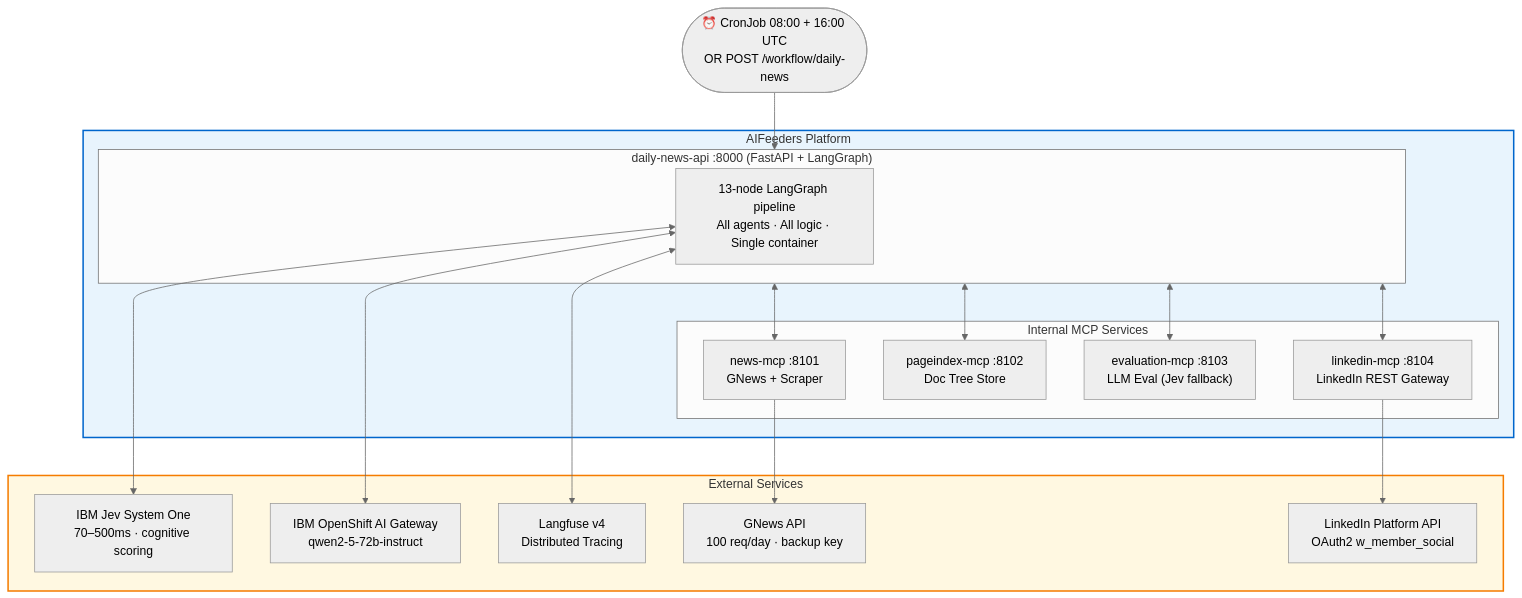
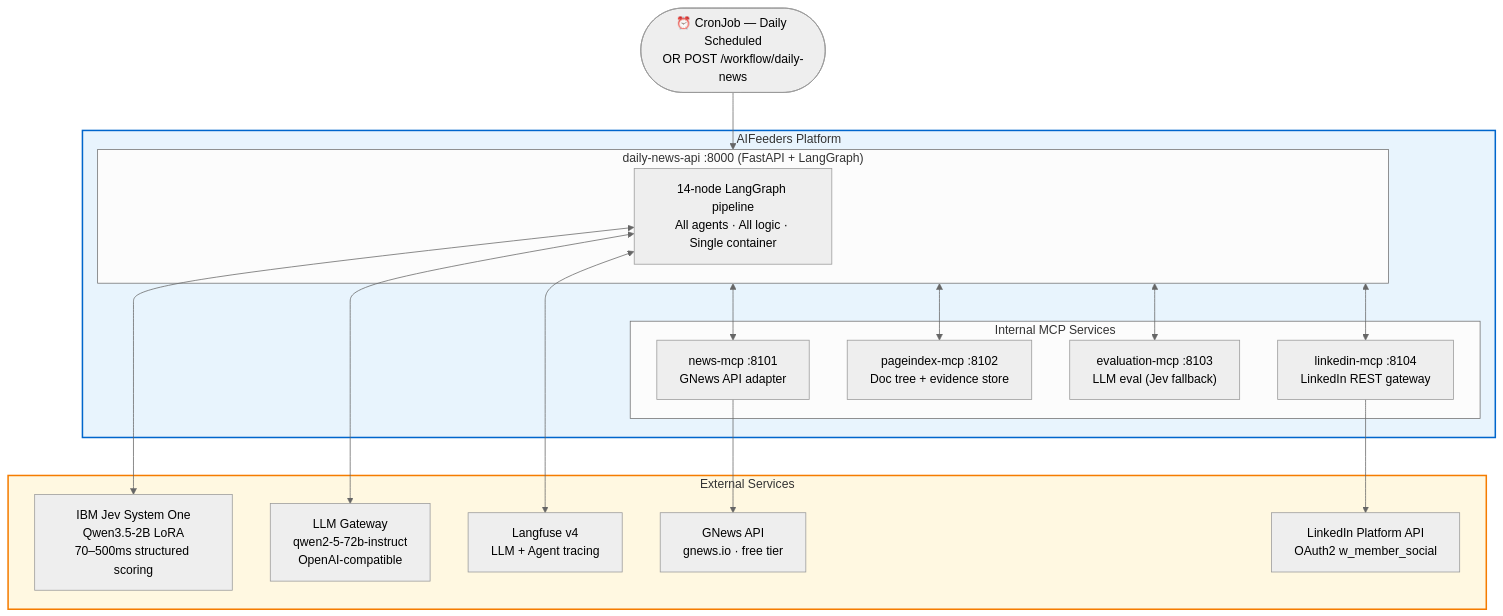
One commit to k-nishant09/AINewsFeederLinkedin changed the first of 5 diagrams in README.md. Above: the diagram before and after it, drawn with Mermaid (neutral theme). The commit also changed other lines of this file and 40 other files, not shown here.

````diff
--- a/README.md
+++ b/README.md
@@ -79,33 +87,33 @@
 ```mermaid
 flowchart TB
-    TRIGGER(["⏰ CronJob 08:00 + 16:00 UTC\nOR POST /workflow/daily-news"])
+    TRIGGER(["⏰ CronJob — Daily Scheduled\nOR POST /workflow/daily-news"])
 
     subgraph PLATFORM["AIFeeders Platform"]
         subgraph API["daily-news-api :8000  (FastAPI + LangGraph)"]
-            PIPELINE["13-node LangGraph pipeline\nAll agents · All logic · Single container"]
+            PIPELINE["14-node LangGraph pipeline\nAll agents · All logic · Single container"]
         end
         subgraph MCP["Internal MCP Services"]
-            N["news-mcp :8101\nGNews + Scraper"]
-            P["pageindex-mcp :8102\nDoc Tree Store"]
-            E["evaluation-mcp :8103\nLLM Eval (Jev fallback)"]
-            L["linkedin-mcp :8104\nLinkedIn REST Gateway"]
+            N["news-mcp :8101\nGNews API adapter"]
+            P["pageindex-mcp :8102\nDoc tree + evidence store"]
+            E["evaluation-mcp :8103\nLLM eval (Jev fallback)"]
+            L["linkedin-mcp :8104\nLinkedIn REST gateway"]
         end
     end
 
     subgraph EXT["External Services"]
-        GNEWS["GNews API\n100 req/day · backup key"]
-        JEV["IBM Jev System One\n70–500ms · cognitive scoring"]
-        QWEN["IBM OpenShift AI Gateway\nqwen2-5-72b-instruct"]
+        GNEWS["GNews API\ngnews.io · free tier"]
+        JEV["IBM Jev System One\nQwen3.5-2B LoRA\n70–500ms structured scoring"]
+        QWEN["LLM Gateway\nqwen2-5-72b-instruct\nOpenAI-compatible"]
         LI["LinkedIn Platform API\nOAuth2 w_member_social"]
-        LF["Langfuse v4\nDistributed Tracing"]
+        LF["Langfuse v4\nLLM + Agent tracing"]
     end
 
     TRIGGER --> API
     API <--> N & P & E & L
     N --> GNEWS
     PIPELINE <--> JEV & QWEN & LF
     L --> LI
 
     style PLATFORM fill:#e8f4fd,stroke:#0066cc,stroke-width:2px
     style EXT fill:#fff8e1,stroke:#f57c00,stroke-width:2px
 ```
````
